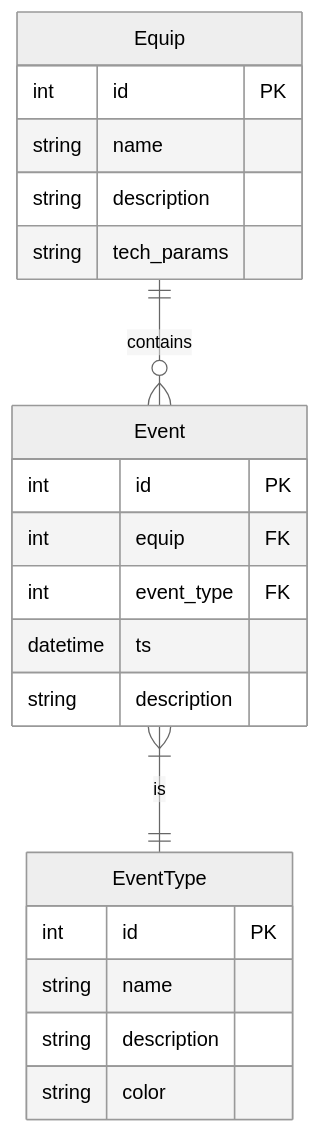
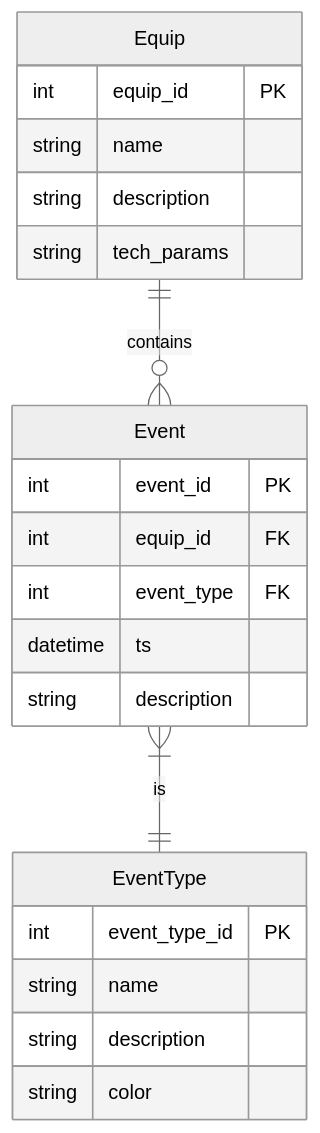
One commit to Konstantin-Dudersky/maintenance changed the diagram in docs/database.md. Above: the diagram before and after it, drawn with Mermaid. The commit also changed 11 other files, not shown here.

````diff
--- a/docs/database.md
+++ b/docs/database.md
@@ -3,25 +3,25 @@
 ```mermaid
 %%{init: {'theme':'neutral'}}%%
 erDiagram
  	Equip ||--o{ Event : contains
  	Event }|--|| EventType : is
     Equip {
-        int id PK
+        int equip_id PK
         string name
         string description
         string tech_params
     }
     Event {
-    	int id PK
-    	int equip FK
+    	int event_id PK
+    	int equip_id FK
     	int event_type FK
     	datetime ts
     	string description
     }
     EventType {
-    	int id PK
+    	int event_type_id PK
     	string name
     	string description
     	string color
     }
 ```
````
